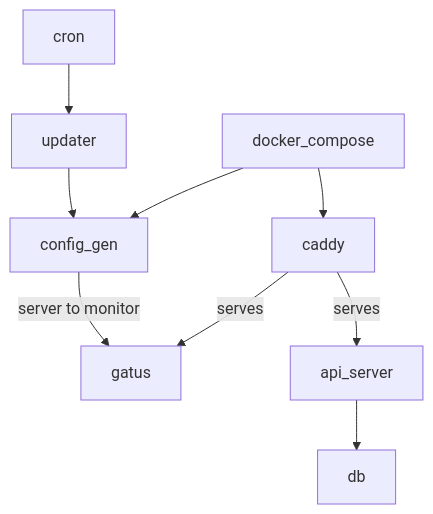
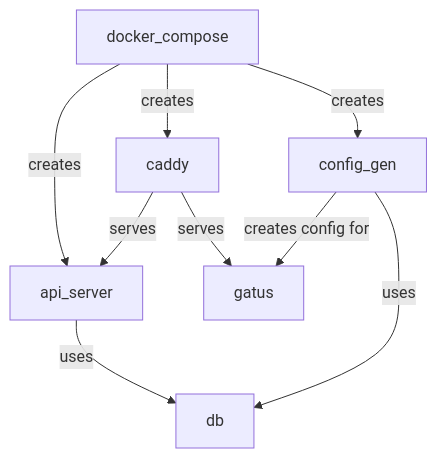
Before and after one commit to Jelloeater/fedi_gatus: the diagram in README.md, drawn with Mermaid. The commit also changed 20 other files, not shown here.

````diff
--- a/README.md
+++ b/README.md
@@ -6,10 +6,16 @@
 ```mermaid
 flowchart
-docker_compose
---> caddy --serves--> gatus & api_server 
+docker_compose 
+--creates--> api_server & caddy & config_gen
 
-api_server --> db
-config_gen --server to monitor--> gatus
-docker_compose --> config_gen
-cron --> updater --> config_gen
+caddy 
+--serves--> gatus & api_server 
+
+
+api_server & config_gen 
+--uses--> db
+
+config_gen 
+--creates config for--> gatus
+
 ```
````
